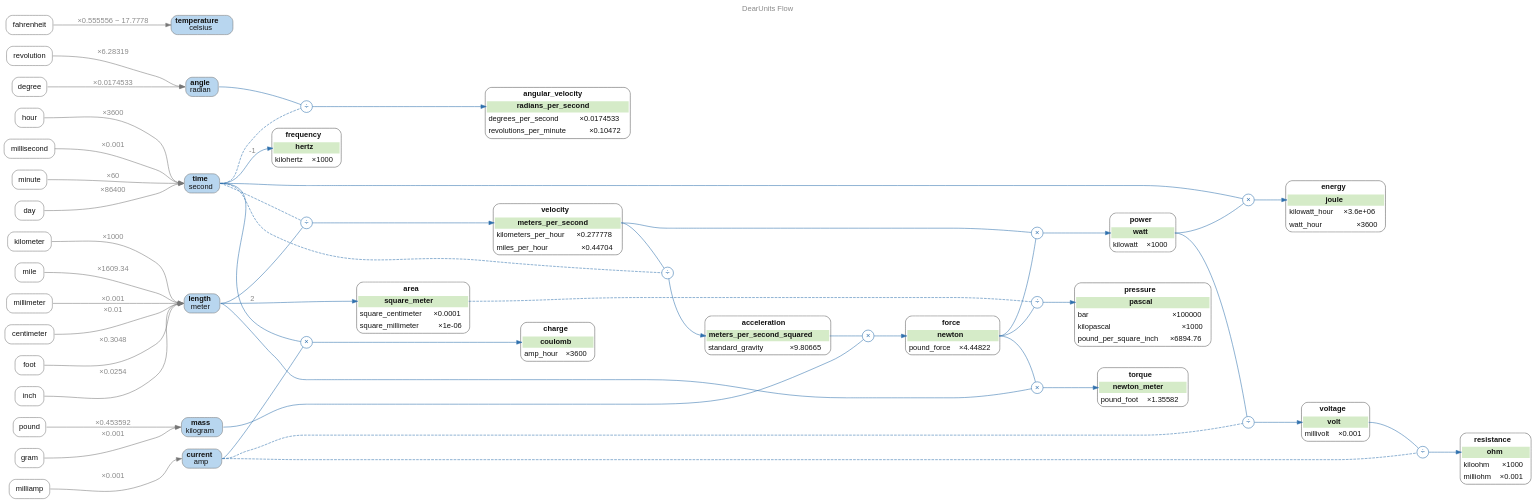
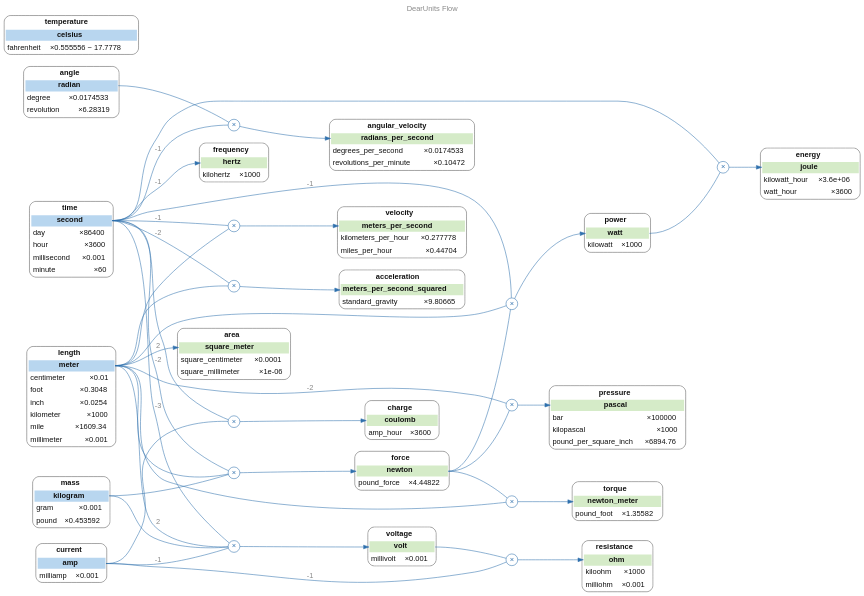
Before and after one commit to PurdueElectricRacing/monorepo: the diagram in docs/unit_graphs/unit_flow.dot, drawn with Graphviz. The commit also changed 1 other file, not shown here.

Commit message:
updated graph

```diff
--- a/docs/unit_graphs/unit_flow.dot
+++ b/docs/unit_graphs/unit_flow.dot
@@ -6,44 +6,12 @@
 	nodesep=0.3;
 	ranksep=0.8;
 
-	"quantity:angle" [label=<<B>angle</B><BR/>radian>, fillcolor="#B8D6EF"];
-	"unit:angle:degree" [label="degree", fillcolor="white"];
-	"unit:angle:degree" -> "quantity:angle" [label="×0.0174533", color="#777777", tailport=e, headport=w];
-	"unit:angle:revolution" [label="revolution", fillcolor="white"];
-	"unit:angle:revolution" -> "quantity:angle" [label="×6.28319", color="#777777", tailport=e, headport=w];
-	"quantity:current" [label=<<B>current</B><BR/>amp>, fillcolor="#B8D6EF"];
-	"unit:current:milliamp" [label="milliamp", fillcolor="white"];
-	"unit:current:milliamp" -> "quantity:current" [label="×0.001", color="#777777", tailport=e, headport=w];
-	"quantity:length" [label=<<B>length</B><BR/>meter>, fillcolor="#B8D6EF"];
-	"unit:length:centimeter" [label="centimeter", fillcolor="white"];
-	"unit:length:centimeter" -> "quantity:length" [label="×0.01", color="#777777", tailport=e, headport=w];
-	"unit:length:foot" [label="foot", fillcolor="white"];
-	"unit:length:foot" -> "quantity:length" [label="×0.3048", color="#777777", tailport=e, headport=w];
-	"unit:length:inch" [label="inch", fillcolor="white"];
-	"unit:length:inch" -> "quantity:length" [label="×0.0254", color="#777777", tailport=e, headport=w];
-	"unit:length:kilometer" [label="kilometer", fillcolor="white"];
-	"unit:length:kilometer" -> "quantity:length" [label="×1000", color="#777777", tailport=e, headport=w];
-	"unit:length:mile" [label="mile", fillcolor="white"];
-	"unit:length:mile" -> "quantity:length" [label="×1609.34", color="#777777", tailport=e, headport=w];
-	"unit:length:millimeter" [label="millimeter", fillcolor="white"];
-	"unit:length:millimeter" -> "quantity:length" [label="×0.001", color="#777777", tailport=e, headport=w];
-	"quantity:mass" [label=<<B>mass</B><BR/>kilogram>, fillcolor="#B8D6EF"];
-	"unit:mass:gram" [label="gram", fillcolor="white"];
-	"unit:mass:gram" -> "quantity:mass" [label="×0.001", color="#777777", tailport=e, headport=w];
-	"unit:mass:pound" [label="pound", fillcolor="white"];
-	"unit:mass:pound" -> "quantity:mass" [label="×0.453592", color="#777777", tailport=e, headport=w];
-	"quantity:temperature" [label=<<B>temperature</B><BR/>celsius>, fillcolor="#B8D6EF"];
-	"unit:temperature:fahrenheit" [label="fahrenheit", fillcolor="white"];
-	"unit:temperature:fahrenheit" -> "quantity:temperature" [label="×0.555556 − 17.7778", color="#777777", tailport=e, headport=w];
-	"quantity:time" [label=<<B>time</B><BR/>second>, fillcolor="#B8D6EF"];
-	"unit:time:day" [label="day", fillcolor="white"];
-	"unit:time:day" -> "quantity:time" [label="×86400", color="#777777", tailport=e, headport=w];
-	"unit:time:hour" [label="hour", fillcolor="white"];
-	"unit:time:hour" -> "quantity:time" [label="×3600", color="#777777", tailport=e, headport=w];
-	"unit:time:millisecond" [label="millisecond", fillcolor="white"];
-	"unit:time:millisecond" -> "quantity:time" [label="×0.001", color="#777777", tailport=e, headport=w];
-	"unit:time:minute" [label="minute", fillcolor="white"];
-	"unit:time:minute" -> "quantity:time" [label="×60", color="#777777", tailport=e, headport=w];
+	"quantity:angle" [label=<<TABLE BORDER="1" CELLBORDER="0" CELLSPACING="2" CELLPADDING="3" STYLE="rounded" BGCOLOR="white" COLOR="#777777"><TR><TD COLSPAN="2" BORDER="0"><B>angle</B></TD></TR><TR><TD PORT="hub" COLSPAN="2" BGCOLOR="#B8D6EF"><B>radian</B></TD></TR><TR><TD ALIGN="LEFT">degree</TD><TD ALIGN="RIGHT">×0.0174533</TD></TR><TR><TD ALIGN="LEFT">revolution</TD><TD ALIGN="RIGHT">×6.28319</TD></TR></TABLE>>, shape=plain];
+	"quantity:current" [label=<<TABLE BORDER="1" CELLBORDER="0" CELLSPACING="2" CELLPADDING="3" STYLE="rounded" BGCOLOR="white" COLOR="#777777"><TR><TD COLSPAN="2" BORDER="0"><B>current</B></TD></TR><TR><TD PORT="hub" COLSPAN="2" BGCOLOR="#B8D6EF"><B>amp</B></TD></TR><TR><TD ALIGN="LEFT">milliamp</TD><TD ALIGN="RIGHT">×0.001</TD></TR></TABLE>>, shape=plain];
+	"quantity:length" [label=<<TABLE BORDER="1" CELLBORDER="0" CELLSPACING="2" CELLPADDING="3" STYLE="rounded" BGCOLOR="white" COLOR="#777777"><TR><TD COLSPAN="2" BORDER="0"><B>length</B></TD></TR><TR><TD PORT="hub" COLSPAN="2" BGCOLOR="#B8D6EF"><B>meter</B></TD></TR><TR><TD ALIGN="LEFT">centimeter</TD><TD ALIGN="RIGHT">×0.01</TD></TR><TR><TD ALIGN="LEFT">foot</TD><TD ALIGN="RIGHT">×0.3048</TD></TR><TR><TD ALIGN="LEFT">inch</TD><TD ALIGN="RIGHT">×0.0254</TD></TR><TR><TD ALIGN="LEFT">kilometer</TD><TD ALIGN="RIGHT">×1000</TD></TR><TR><TD ALIGN="LEFT">mile</TD><TD ALIGN="RIGHT">×1609.34</TD></TR><TR><TD ALIGN="LEFT">millimeter</TD><TD ALIGN="RIGHT">×0.001</TD></TR></TABLE>>, shape=plain];
+	"quantity:mass" [label=<<TABLE BORDER="1" CELLBORDER="0" CELLSPACING="2" CELLPADDING="3" STYLE="rounded" BGCOLOR="white" COLOR="#777777"><TR><TD COLSPAN="2" BORDER="0"><B>mass</B></TD></TR><TR><TD PORT="hub" COLSPAN="2" BGCOLOR="#B8D6EF"><B>kilogram</B></TD></TR><TR><TD ALIGN="LEFT">gram</TD><TD ALIGN="RIGHT">×0.001</TD></TR><TR><TD ALIGN="LEFT">pound</TD><TD ALIGN="RIGHT">×0.453592</TD></TR></TABLE>>, shape=plain];
+	"quantity:temperature" [label=<<TABLE BORDER="1" CELLBORDER="0" CELLSPACING="2" CELLPADDING="3" STYLE="rounded" BGCOLOR="white" COLOR="#777777"><TR><TD COLSPAN="2" BORDER="0"><B>temperature</B></TD></TR><TR><TD PORT="hub" COLSPAN="2" BGCOLOR="#B8D6EF"><B>celsius</B></TD></TR><TR><TD ALIGN="LEFT">fahrenheit</TD><TD ALIGN="RIGHT">×0.555556 − 17.7778</TD></TR></TABLE>>, shape=plain];
+	"quantity:time" [label=<<TABLE BORDER="1" CELLBORDER="0" CELLSPACING="2" CELLPADDING="3" STYLE="rounded" BGCOLOR="white" COLOR="#777777"><TR><TD COLSPAN="2" BORDER="0"><B>time</B></TD></TR><TR><TD PORT="hub" COLSPAN="2" BGCOLOR="#B8D6EF"><B>second</B></TD></TR><TR><TD ALIGN="LEFT">day</TD><TD ALIGN="RIGHT">×86400</TD></TR><TR><TD ALIGN="LEFT">hour</TD><TD ALIGN="RIGHT">×3600</TD></TR><TR><TD ALIGN="LEFT">millisecond</TD><TD ALIGN="RIGHT">×0.001</TD></TR><TR><TD ALIGN="LEFT">minute</TD><TD ALIGN="RIGHT">×60</TD></TR></TABLE>>, shape=plain];
 	{ rank=same; "quantity:angle"; "quantity:current"; "quantity:length"; "quantity:mass"; "quantity:temperature"; "quantity:time"; }
 	"quantity:acceleration" [label=<<TABLE BORDER="1" CELLBORDER="0" CELLSPACING="2" CELLPADDING="3" STYLE="rounded" BGCOLOR="white" COLOR="#777777"><TR><TD COLSPAN="2" BORDER="0"><B>acceleration</B></TD></TR><TR><TD PORT="hub" COLSPAN="2" BGCOLOR="#D5EBC8"><B>meters_per_second_squared</B></TD></TR><TR><TD ALIGN="LEFT">standard_gravity</TD><TD ALIGN="RIGHT">×9.80665</TD></TR></TABLE>>, shape=plain];
 	"quantity:angular_velocity" [label=<<TABLE BORDER="1" CELLBORDER="0" CELLSPACING="2" CELLPADDING="3" STYLE="rounded" BGCOLOR="white" COLOR="#777777"><TR><TD COLSPAN="2" BORDER="0"><B>angular_velocity</B></TD></TR><TR><TD PORT="hub" COLSPAN="2" BGCOLOR="#D5EBC8"><B>radians_per_second</B></TD></TR><TR><TD ALIGN="LEFT">degrees_per_second</TD><TD ALIGN="RIGHT">×0.0174533</TD></TR><TR><TD ALIGN="LEFT">revolutions_per_minute</TD><TD ALIGN="RIGHT">×0.10472</TD></TR></TABLE>>, shape=plain];
@@ -59,50 +27,54 @@
 	"quantity:velocity" [label=<<TABLE BORDER="1" CELLBORDER="0" CELLSPACING="2" CELLPADDING="3" STYLE="rounded" BGCOLOR="white" COLOR="#777777"><TR><TD COLSPAN="2" BORDER="0"><B>velocity</B></TD></TR><TR><TD PORT="hub" COLSPAN="2" BGCOLOR="#D5EBC8"><B>meters_per_second</B></TD></TR><TR><TD ALIGN="LEFT">kilometers_per_hour</TD><TD ALIGN="RIGHT">×0.277778</TD></TR><TR><TD ALIGN="LEFT">miles_per_hour</TD><TD ALIGN="RIGHT">×0.44704</TD></TR></TABLE>>, shape=plain];
 	"quantity:voltage" [label=<<TABLE BORDER="1" CELLBORDER="0" CELLSPACING="2" CELLPADDING="3" STYLE="rounded" BGCOLOR="white" COLOR="#777777"><TR><TD COLSPAN="2" BORDER="0"><B>voltage</B></TD></TR><TR><TD PORT="hub" COLSPAN="2" BGCOLOR="#D5EBC8"><B>volt</B></TD></TR><TR><TD ALIGN="LEFT">millivolt</TD><TD ALIGN="RIGHT">×0.001</TD></TR></TABLE>>, shape=plain];
 
-	"op:acceleration" [label="÷", shape=circle, style=filled, width=0.3, fixedsize=true, fillcolor="white", color="#2F70AD", fontcolor="#2F70AD"];
-	"quantity:velocity":hub:e -> "op:acceleration" [arrowhead=none];
-	"quantity:time":e -> "op:acceleration" [arrowhead=none, style=dashed];
+	"op:acceleration" [label="×", shape=circle, style=filled, width=0.3, fixedsize=true, fillcolor="white", color="#2F70AD", fontcolor="#2F70AD"];
+	"quantity:length":hub:e -> "op:acceleration" [arrowhead=none];
+	"quantity:time":hub:e -> "op:acceleration" [arrowhead=none, label="-2"];
 	"op:acceleration" -> "quantity:acceleration":hub:w;
-	"op:angular_velocity" [label="÷", shape=circle, style=filled, width=0.3, fixedsize=true, fillcolor="white", color="#2F70AD", fontcolor="#2F70AD"];
-	"quantity:angle":e -> "op:angular_velocity" [arrowhead=none];
-	"quantity:time":e -> "op:angular_velocity" [arrowhead=none, style=dashed];
+	"op:angular_velocity" [label="×", shape=circle, style=filled, width=0.3, fixedsize=true, fillcolor="white", color="#2F70AD", fontcolor="#2F70AD"];
+	"quantity:angle":hub:e -> "op:angular_velocity" [arrowhead=none];
+	"quantity:time":hub:e -> "op:angular_velocity" [arrowhead=none, label="-1"];
 	"op:angular_velocity" -> "quantity:angular_velocity":hub:w;
-	"quantity:length":e -> "quantity:area":hub:w [label="2"];
+	"quantity:length":hub:e -> "quantity:area":hub:w [label="2"];
 	"op:charge" [label="×", shape=circle, style=filled, width=0.3, fixedsize=true, fillcolor="white", color="#2F70AD", fontcolor="#2F70AD"];
-	"quantity:current":e -> "op:charge" [arrowhead=none];
-	"quantity:time":e -> "op:charge" [arrowhead=none];
+	"quantity:current":hub:e -> "op:charge" [arrowhead=none];
+	"quantity:time":hub:e -> "op:charge" [arrowhead=none];
 	"op:charge" -> "quantity:charge":hub:w;
 	"op:energy" [label="×", shape=circle, style=filled, width=0.3, fixedsize=true, fillcolor="white", color="#2F70AD", fontcolor="#2F70AD"];
 	"quantity:power":hub:e -> "op:energy" [arrowhead=none];
-	"quantity:time":e -> "op:energy" [arrowhead=none];
+	"quantity:time":hub:e -> "op:energy" [arrowhead=none];
 	"op:energy" -> "quantity:energy":hub:w;
 	"op:force" [label="×", shape=circle, style=filled, width=0.3, fixedsize=true, fillcolor="white", color="#2F70AD", fontcolor="#2F70AD"];
-	"quantity:acceleration":hub:e -> "op:force" [arrowhead=none];
-	"quantity:mass":e -> "op:force" [arrowhead=none];
+	"quantity:mass":hub:e -> "op:force" [arrowhead=none];
+	"quantity:length":hub:e -> "op:force" [arrowhead=none];
+	"quantity:time":hub:e -> "op:force" [arrowhead=none, label="-2"];
 	"op:force" -> "quantity:force":hub:w;
-	"quantity:time":e -> "quantity:frequency":hub:w [label="-1"];
+	"quantity:time":hub:e -> "quantity:frequency":hub:w [label="-1"];
 	"op:power" [label="×", shape=circle, style=filled, width=0.3, fixedsize=true, fillcolor="white", color="#2F70AD", fontcolor="#2F70AD"];
 	"quantity:force":hub:e -> "op:power" [arrowhead=none];
-	"quantity:velocity":hub:e -> "op:power" [arrowhead=none];
+	"quantity:length":hub:e -> "op:power" [arrowhead=none];
+	"quantity:time":hub:e -> "op:power" [arrowhead=none, label="-1"];
 	"op:power" -> "quantity:power":hub:w;
-	"op:pressure" [label="÷", shape=circle, style=filled, width=0.3, fixedsize=true, fillcolor="white", color="#2F70AD", fontcolor="#2F70AD"];
+	"op:pressure" [label="×", shape=circle, style=filled, width=0.3, fixedsize=true, fillcolor="white", color="#2F70AD", fontcolor="#2F70AD"];
 	"quantity:force":hub:e -> "op:pressure" [arrowhead=none];
-	"quantity:area":hub:e -> "op:pressure" [arrowhead=none, style=dashed];
+	"quantity:length":hub:e -> "op:pressure" [arrowhead=none, label="-2"];
 	"op:pressure" -> "quantity:pressure":hub:w;
-	"op:resistance" [label="÷", shape=circle, style=filled, width=0.3, fixedsize=true, fillcolor="white", color="#2F70AD", fontcolor="#2F70AD"];
+	"op:resistance" [label="×", shape=circle, style=filled, width=0.3, fixedsize=true, fillcolor="white", color="#2F70AD", fontcolor="#2F70AD"];
 	"quantity:voltage":hub:e -> "op:resistance" [arrowhead=none];
-	"quantity:current":e -> "op:resistance" [arrowhead=none, style=dashed];
+	"quantity:current":hub:e -> "op:resistance" [arrowhead=none, label="-1"];
 	"op:resistance" -> "quantity:resistance":hub:w;
 	"op:torque" [label="×", shape=circle, style=filled, width=0.3, fixedsize=true, fillcolor="white", color="#2F70AD", fontcolor="#2F70AD"];
 	"quantity:force":hub:e -> "op:torque" [arrowhead=none];
-	"quantity:length":e -> "op:torque" [arrowhead=none];
+	"quantity:length":hub:e -> "op:torque" [arrowhead=none];
 	"op:torque" -> "quantity:torque":hub:w;
-	"op:velocity" [label="÷", shape=circle, style=filled, width=0.3, fixedsize=true, fillcolor="white", color="#2F70AD", fontcolor="#2F70AD"];
-	"quantity:length":e -> "op:velocity" [arrowhead=none];
-	"quantity:time":e -> "op:velocity" [arrowhead=none, style=dashed];
+	"op:velocity" [label="×", shape=circle, style=filled, width=0.3, fixedsize=true, fillcolor="white", color="#2F70AD", fontcolor="#2F70AD"];
+	"quantity:length":hub:e -> "op:velocity" [arrowhead=none];
+	"quantity:time":hub:e -> "op:velocity" [arrowhead=none, label="-1"];
 	"op:velocity" -> "quantity:velocity":hub:w;
-	"op:voltage" [label="÷", shape=circle, style=filled, width=0.3, fixedsize=true, fillcolor="white", color="#2F70AD", fontcolor="#2F70AD"];
-	"quantity:power":hub:e -> "op:voltage" [arrowhead=none];
-	"quantity:current":e -> "op:voltage" [arrowhead=none, style=dashed];
+	"op:voltage" [label="×", shape=circle, style=filled, width=0.3, fixedsize=true, fillcolor="white", color="#2F70AD", fontcolor="#2F70AD"];
+	"quantity:mass":hub:e -> "op:voltage" [arrowhead=none];
+	"quantity:length":hub:e -> "op:voltage" [arrowhead=none, label="2"];
+	"quantity:time":hub:e -> "op:voltage" [arrowhead=none, label="-3"];
+	"quantity:current":hub:e -> "op:voltage" [arrowhead=none, label="-1"];
 	"op:voltage" -> "quantity:voltage":hub:w;
 }
```
